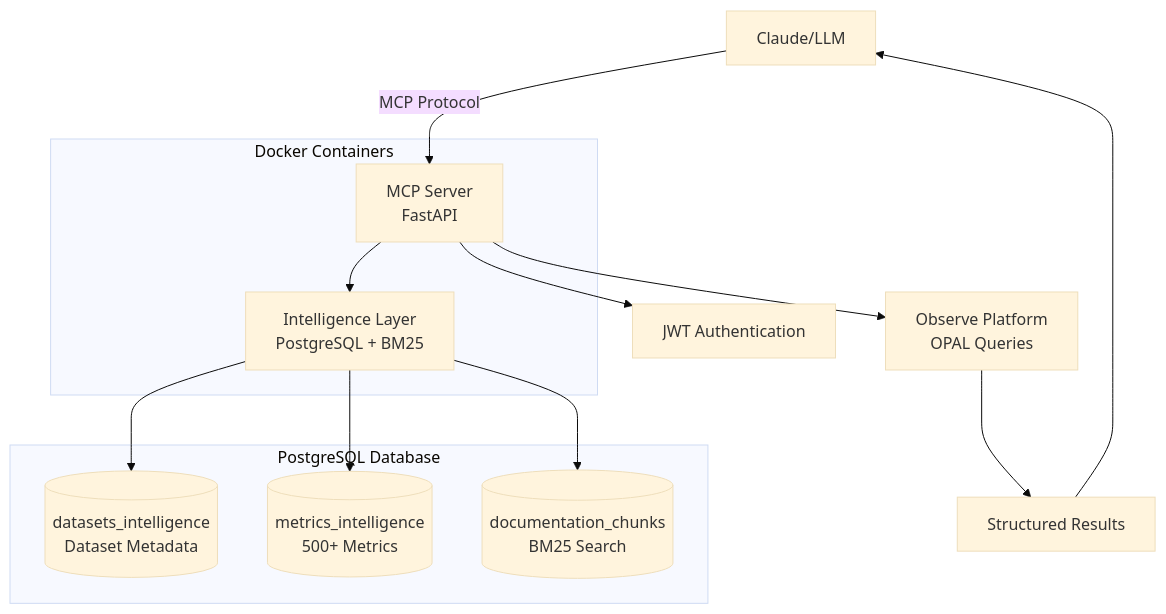
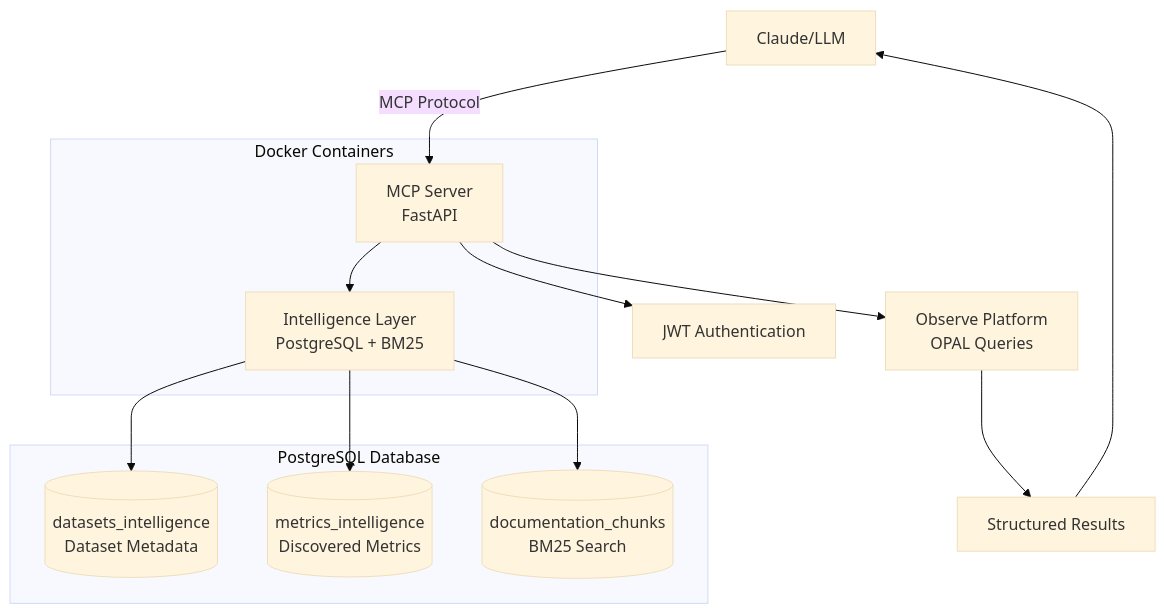
The diagram in README.md (rustomax/observe-community-mcp), drawn with Mermaid (base theme) before and after one commit. The commit also changed other lines of this file, not shown here.

````diff
--- a/README.md
+++ b/README.md
@@ -137,25 +140,25 @@
 ```mermaid
 graph TB
     Claude[Claude/LLM] -->|MCP Protocol| Server[MCP Server<br/>FastAPI]
     Server --> Auth[JWT Authentication]
     Server --> Discovery[Intelligence Layer<br/>PostgreSQL + BM25]
     Server --> ObserveAPI[Observe Platform<br/>OPAL Queries]
 
     Discovery --> DatasetDB[(datasets_intelligence<br/>Dataset Metadata)]
-    Discovery --> MetricsDB[(metrics_intelligence<br/>500+ Metrics)]
+    Discovery --> MetricsDB[(metrics_intelligence<br/>Discovered Metrics)]
     Discovery --> DocsDB[(documentation_chunks<br/>BM25 Search)]
 
     ObserveAPI --> Results[Structured Results]
     Results --> Claude
 
     subgraph "PostgreSQL Database"
         DatasetDB
         MetricsDB
         DocsDB
     end
 
     subgraph "Docker Containers"
         Server
         Discovery
     end
 ```
````
